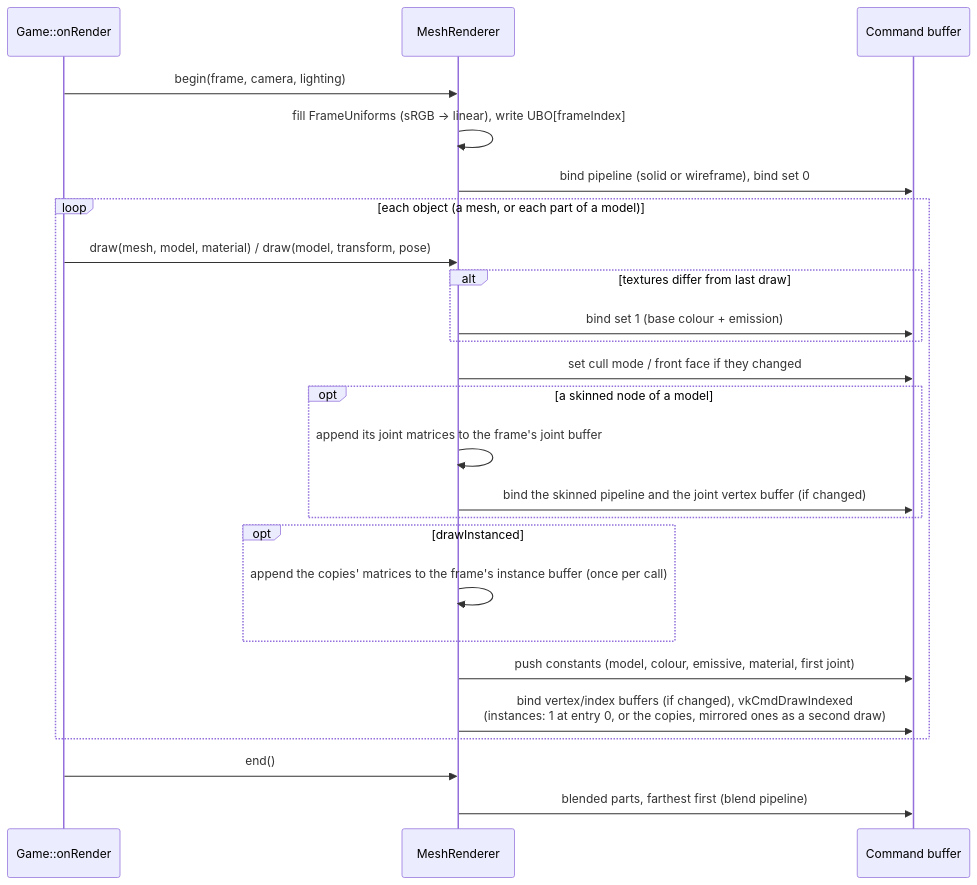
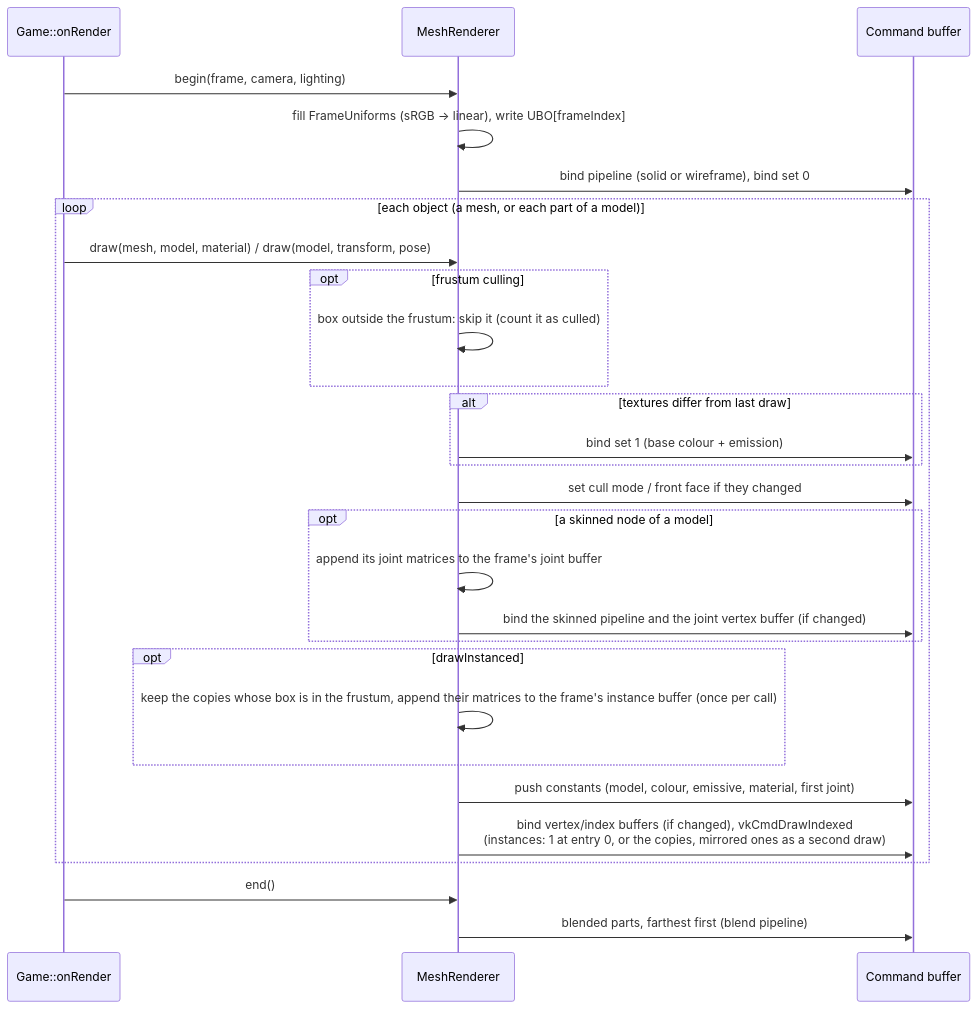
One commit to Chuck5ta/3DBaseFramework changed diagram 11 of 17 in docs/GAME3D_ARCHITECTURE.md. Above: the diagram before and after it, drawn with Mermaid. The commit also changed other lines of this file and 13 other files, not shown here.

````diff
--- a/docs/GAME3D_ARCHITECTURE.md
+++ b/docs/GAME3D_ARCHITECTURE.md
@@ -899,28 +925,31 @@
 ```mermaid
 sequenceDiagram
     participant G as Game::onRender
     participant MR as MeshRenderer
     participant Cmd as Command buffer
 
     G->>MR: begin(frame, camera, lighting)
     MR->>MR: fill FrameUniforms (sRGB → linear), write UBO[frameIndex]
     MR->>Cmd: bind pipeline (solid or wireframe), bind set 0
     loop each object (a mesh, or each part of a model)
         G->>MR: draw(mesh, model, material) / draw(model, transform, pose)
+        opt frustum culling
+            MR->>MR: box outside the frustum: skip it (count it as culled)
+        end
         alt textures differ from last draw
             MR->>Cmd: bind set 1 (base colour + emission)
         end
         MR->>Cmd: set cull mode / front face if they changed
         opt a skinned node of a model
             MR->>MR: append its joint matrices to the frame's joint buffer
             MR->>Cmd: bind the skinned pipeline and the joint vertex buffer (if changed)
         end
         opt drawInstanced
-            MR->>MR: append the copies' matrices to the frame's instance buffer (once per call)
+            MR->>MR: keep the copies whose box is in the frustum, append their matrices to the frame's instance buffer (once per call)
         end
         MR->>Cmd: push constants (model, colour, emissive, material, first joint)
         MR->>Cmd: bind vertex/index buffers (if changed), vkCmdDrawIndexed<br/>(instances: 1 at entry 0, or the copies, mirrored ones as a second draw)
     end
     G->>MR: end()
     MR->>Cmd: blended parts, farthest first (blend pipeline)
 ```
````
